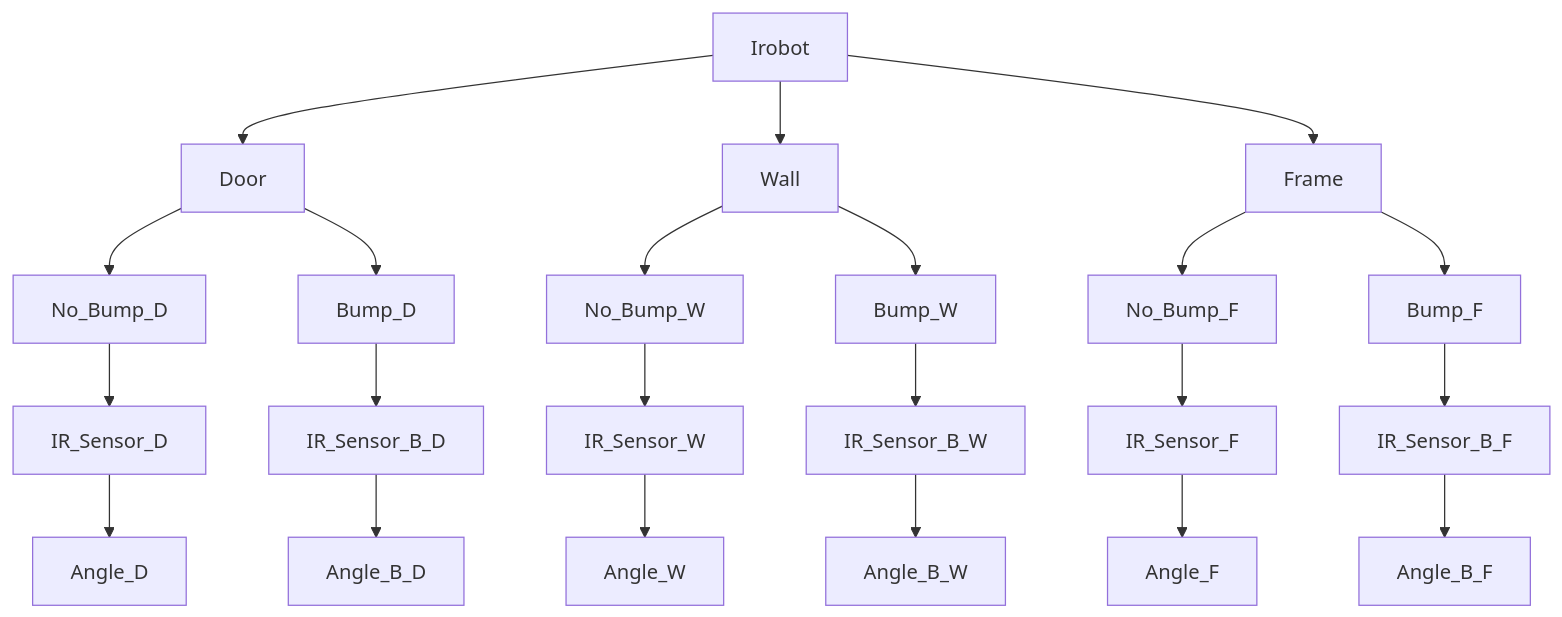
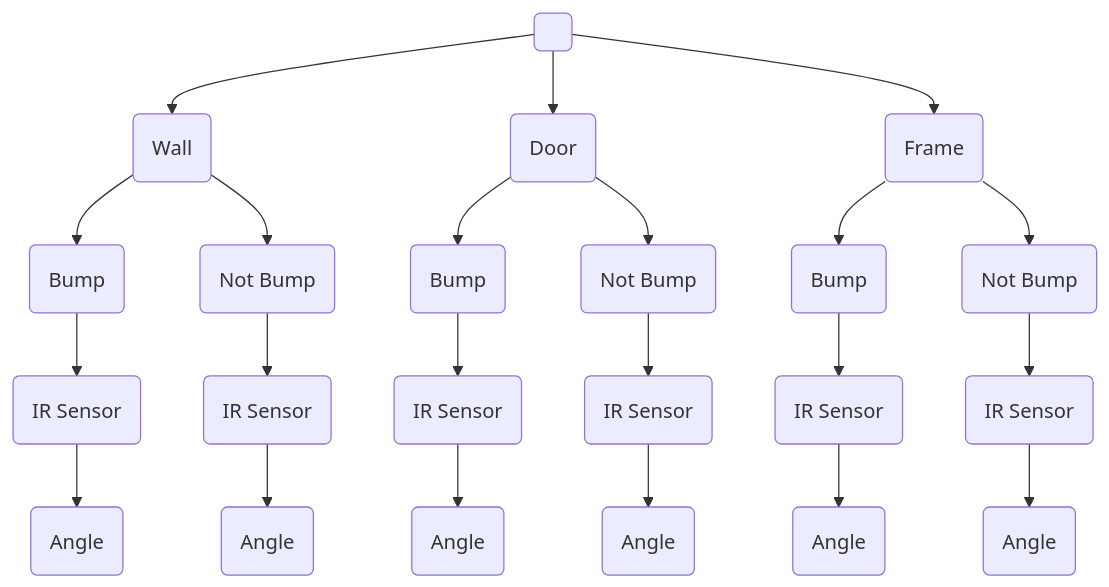
Before and after one commit to vamshireddy7008/CSE5694-IROBOT: the third of 3 diagrams in README.md, drawn with Mermaid. The commit also changed other lines of this file, not shown here.

Commit message:
updated readme diagrams
updated readme diagrams

````diff
--- a/README.md
+++ b/README.md
@@ -181,27 +181,52 @@
 ```mermaid
 graph TD;
-    Irobot --> Door;
-    Irobot --> Wall;
-    Irobot --> Frame;
+    head( )
+    d(Door)
+    w(Wall)
+    f(Frame)
 
-    Door --> No_Bump_D;
-    Door --> Bump_D;
-    No_Bump_D --> IR_Sensor_D;
-    IR_Sensor_D-->Angle_D;
-    Bump_D-->IR_Sensor_B_D;
-    IR_Sensor_B_D-->Angle_B_D;
+    bw(Bump)
+    sbw(IR Sensor)
+    abw(Angle)
+    nbw(Not Bump)
+    sw(IR Sensor)
+    aw(Angle)
+    
+    bd(Bump)
+    sbd(IR Sensor)
+    abd(Angle)
+    nbd(Not Bump)
+    sd(IR Sensor)
+    ad(Angle)
 
-    Wall --> No_Bump_W;
-    Wall --> Bump_W;
-    No_Bump_W --> IR_Sensor_W;
-    IR_Sensor_W-->Angle_W;
-    Bump_W-->IR_Sensor_B_W;
-    IR_Sensor_B_W-->Angle_B_W;
-    
-    Frame --> No_Bump_F;
-    Frame --> Bump_F;
-    No_Bump_F --> IR_Sensor_F;
-    IR_Sensor_F-->Angle_F;
-    Bump_F-->IR_Sensor_B_F;
-    IR_Sensor_B_F-->Angle_B_F;
+    bf(Bump)
+    sbf(IR Sensor)
+    abf(Angle)
+    nbf(Not Bump)
+    sf(IR Sensor)
+    af(Angle)
+
+    head-->w;
+    w-->bw;
+    w-->nbw;
+    nbw-->sw;
+    sw-->aw;
+    bw-->sbw;
+    sbw-->abw;
+
+    head-->d;
+    d-->bd;
+    d-->nbd;
+    nbd-->sd;
+    sd-->ad;
+    bd-->sbd;
+    sbd-->abd;
+
+    head-->f;
+    f-->bf;
+    f-->nbf;
+    nbf-->sf;
+    sf-->af;
+    bf-->sbf;
+    sbf-->abf;
 ```
````
